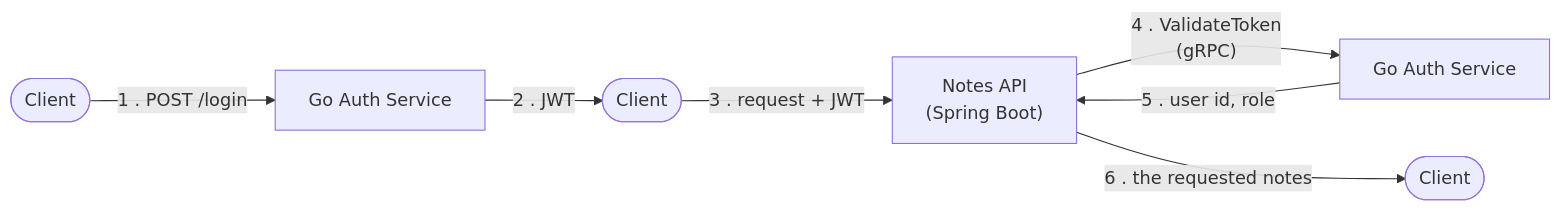
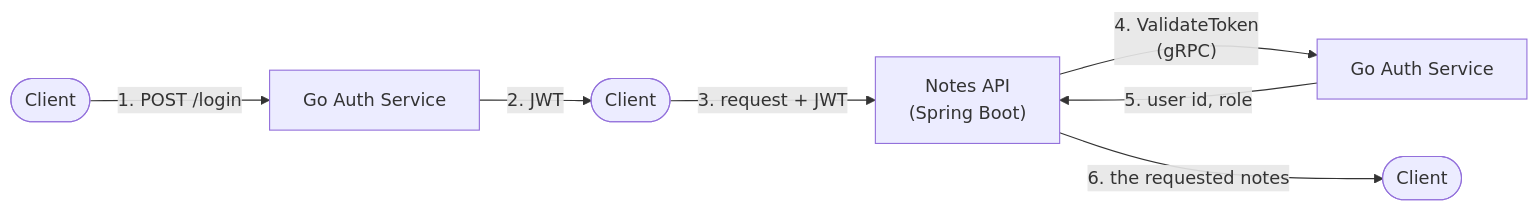
The diagram in README.md (AshrafAhmed9/go-auth-service), drawn with Mermaid before and after one commit.

Commit message:
Fix stray spacing in flowchart edge labels

````diff
--- a/README.md
+++ b/README.md
@@ -34,9 +34,9 @@
 ```mermaid
 flowchart LR
-    C1(["Client"]) -->|"1 . POST /login"| Go1["Go Auth Service"]
-    Go1 -->|"2 . JWT"| C2(["Client"])
-    C2 -->|"3 . request + JWT"| Java["Notes API\n(Spring Boot)"]
-    Java -->|"4 . ValidateToken\n(gRPC)"| Go2["Go Auth Service"]
-    Go2 -->|"5 . user id, role"| Java
-    Java -->|"6 . the requested notes"| C3(["Client"])
+    C1(["Client"]) -->|"1. POST /login"| Go1["Go Auth Service"]
+    Go1 -->|"2. JWT"| C2(["Client"])
+    C2 -->|"3. request + JWT"| Java["Notes API\n(Spring Boot)"]
+    Java -->|"4. ValidateToken\n(gRPC)"| Go2["Go Auth Service"]
+    Go2 -->|"5. user id, role"| Java
+    Java -->|"6. the requested notes"| C3(["Client"])
 ```
````
